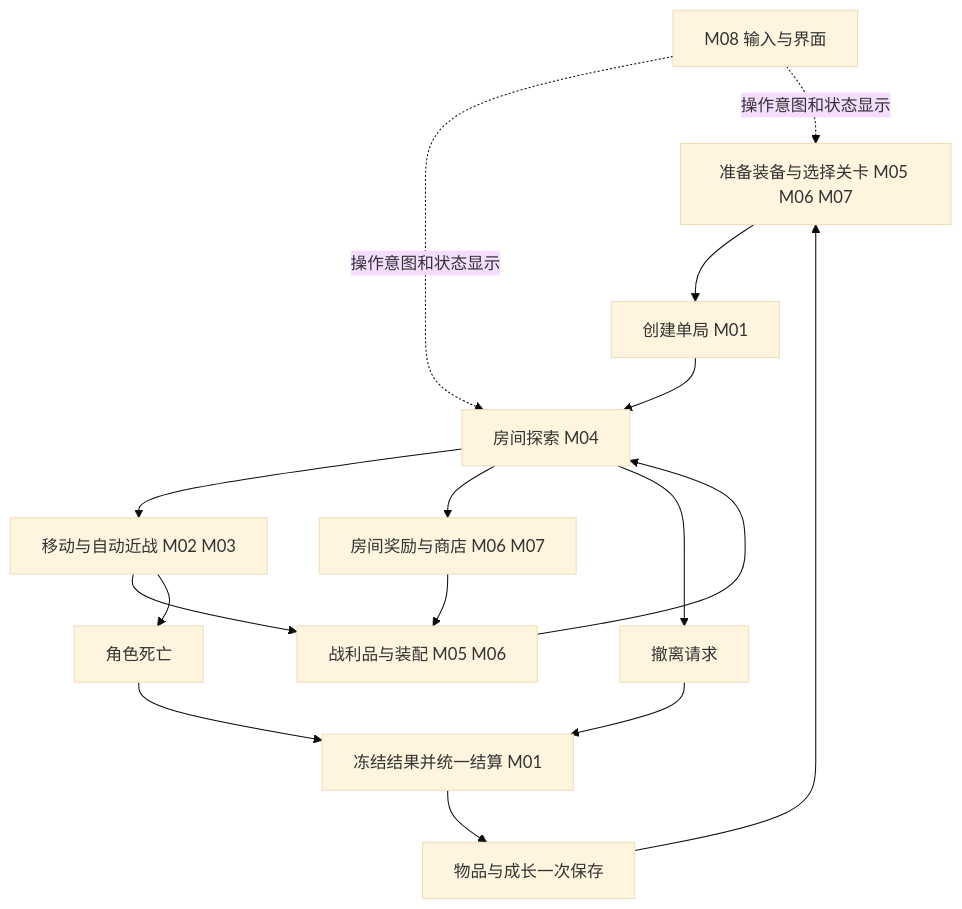
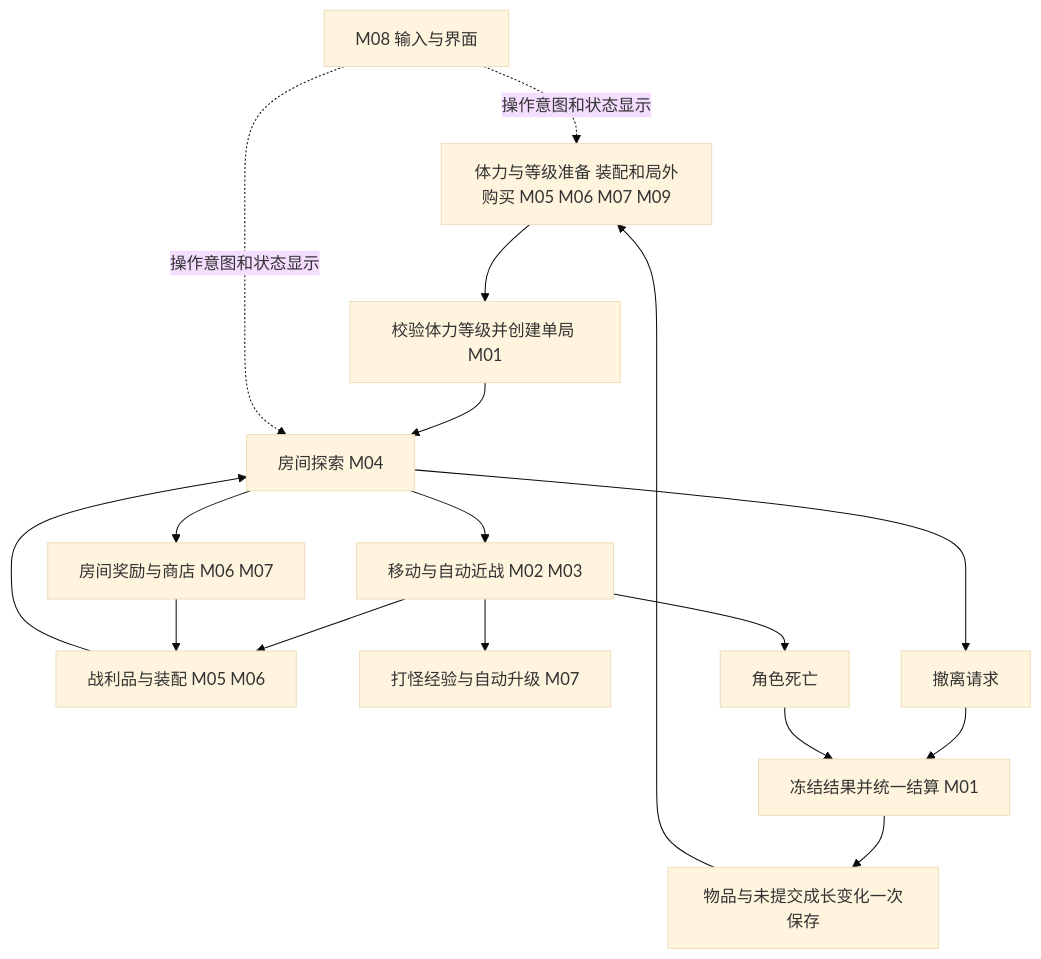
Before and after one commit to xujianan13/ProjectExtraction: the diagram in docs/project/玩法模块与迭代计划.md, drawn with Mermaid (base theme). The commit also changed other lines of this file and 11 other files, not shown here.

````diff
--- a/docs/project/玩法模块与迭代计划.md
+++ b/docs/project/玩法模块与迭代计划.md
@@ -61,18 +67,19 @@
 ```mermaid
 flowchart TD
-    A[准备装备与选择关卡 M05 M06 M07] --> B[创建单局 M01]
+    A[体力与等级准备 装配和局外购买 M05 M06 M07 M09] --> B[校验体力等级并创建单局 M01]
     B --> C[房间探索 M04]
     C --> D[移动与自动近战 M02 M03]
     C --> E[房间奖励与商店 M06 M07]
     D --> F[战利品与装配 M05 M06]
+    D --> L[打怪经验与自动升级 M07]
     E --> F
     F --> C
     C --> G[撤离请求]
     D --> H[角色死亡]
     G --> I[冻结结果并统一结算 M01]
     H --> I
-    I --> J[物品与成长一次保存]
+    I --> J[物品与未提交成长变化一次保存]
     J --> A
     K[M08 输入与界面] -.操作意图和状态显示.-> C
     K -.操作意图和状态显示.-> A
 ```
````
